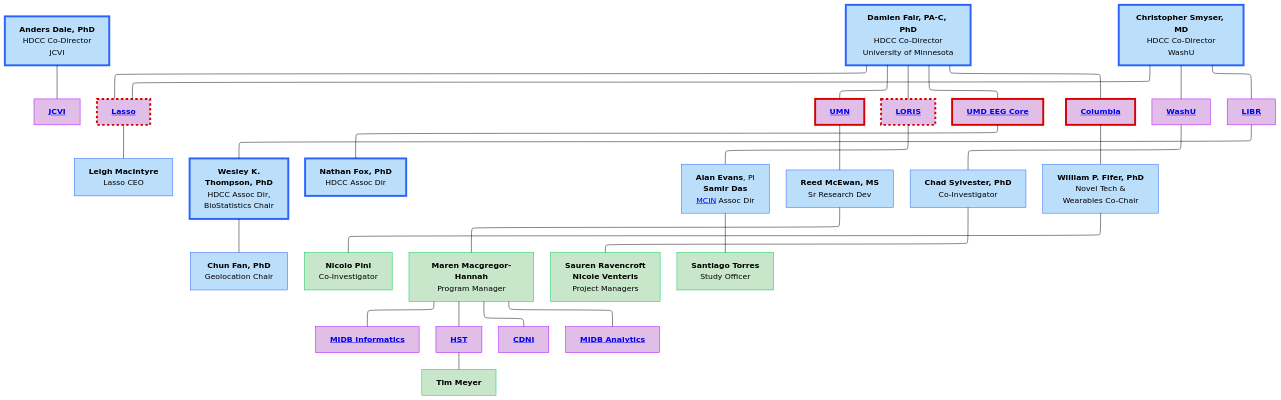
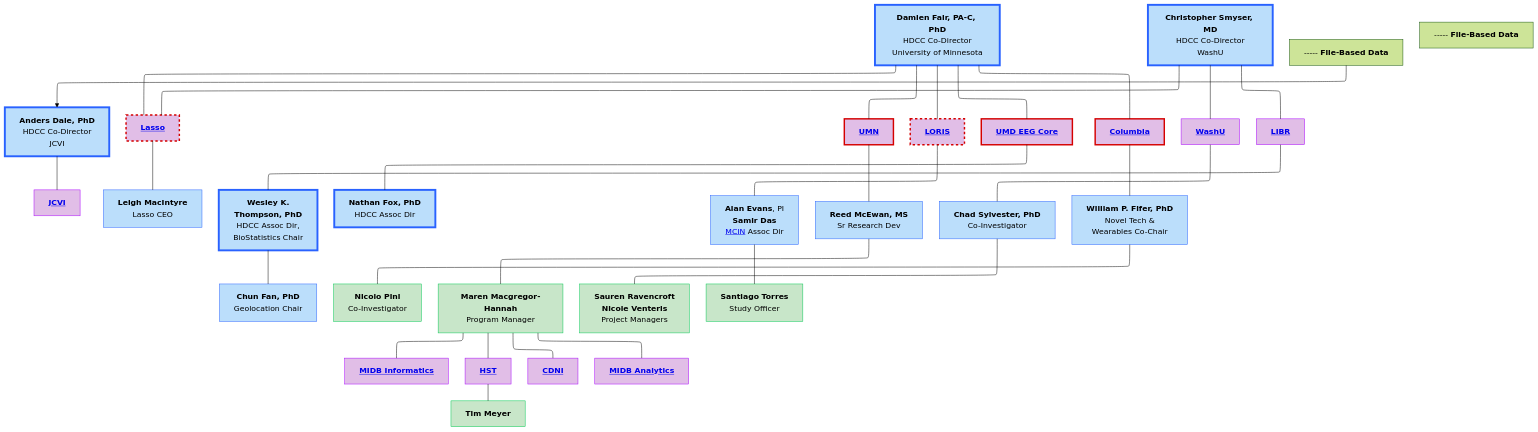
Before and after one commit to DCAN-Labs/hbcd-docs-internal: the diagram in docs/temp.md, drawn with Mermaid (forest theme). The commit also changed other lines of this file, not shown here.

````diff
--- a/docs/temp.md
+++ b/docs/temp.md
@@ -1,67 +1,69 @@
 ```mermaid
 ---
 config:
   layout: elk
 ---
 flowchart TB
     n2["<b>Anders Dale, PhD<br></b>HDCC Co-Director<br>JCVI"] --- jcvi["<a href="#j-craig-venter-institute" target="_top"><b>JCVI</b></a>"]
     E["<b>Damien Fair, PA-C, PhD</b><br>HDCC Co-Director<br>University of Minnesota"] --- lasso["<a href="#lasso" target="_top"><b>Lasso</b></a>"] & umn["<a href="#university-of-minnesota" target="_top"><b>UMN</b></a>"] & n7["<a href="#loris" target="_top"><b>LORIS</b></a>"] & n8["<a href="#university-of-maryland" target="_top"><b>UMD EEG Core</b></a>"] & n11["<a href="#columbia-university" target="_top"><b>Columbia</b></a>"]
     lasso --- lasso1["<b>Leigh MacIntyre</b><br>Lasso CEO"]
     n1["<b>Christopher Smyser, MD<br></b>HDCC Co-Director<br>WashU"] --- n10["<a href="#washu" target="_top"><b>WashU</b></a>"] & n12["<a href="#libr" target="_top"><b>LIBR</b></a>"] & lasso
     n16["<b>Wesley K.<br>Thompson, PhD</b><br>HDCC Assoc Dir,<br>BioStatistics Chair"] --- n17["<b>Chun Fan, PhD</b><br>Geolocation Chair"]
     n12 --- n16
     n8 --- n19["<b>Nathan Fox, PhD<br></b>HDCC Assoc Dir"]
     n7 --- n20["<b>Alan Evans</b>, PI<br><b>Samir Das</b><br><a href="https://mcin.ca/about-mcin/" target="_blank">MCIN</a> Assoc Dir"]
     umn --- reed["<b>Reed McEwan, MS</b><br>Sr Research Dev"]
     n10 --- n22["<b>Chad Sylvester, PhD</b><br>Co-Investigator"]
     n11 --- n18["<b>William P. Fifer, PhD</b><br>Novel Tech &<br>Wearables Co-Chair"]
     n18 --- n34["<b>Nicolo Pini</b><br>Co-Investigator"]
     reed --- n30["<b>Maren Macgregor-Hannah</b><br>Program Manager"]
     n30 --- n25["<a href="#midb-informatics-hub-msi" target="_top"><b>MIDB Informatics</b></a>"]
     n30 --- n27["<a href="#health-sciences-technology" target="_top"><b>HST</b></a>"]
     n30 --- n28["<a href="#center-for-developmental-neuroimaging" target="_top"><b>CDNI</b></a>"]
     n30 --- n29["<a href="#midb-analytics-hub" target="_top"><b>MIDB Analytics</b></a>"]
     n27 --- n31["<b>Tim Meyer</b>"]
     n22 --- n32["<b>Sauren Ravencroft<br>Nicole Venteris</b><br>Project Managers"]
     n20 --- n33["<b>Santiago Torres</b><br>Study Officer"]
+    n36["----- <b>File-Based Data</b>"] --> n2
+    n37["----- <b>File-Based Data</b>"]
     style n2 fill:#BBDEFB,stroke:#2962FF,stroke-width:4px
     style jcvi fill:#E1BEE7,stroke:#AA00FF
     style E fill:#BBDEFB,stroke:#2962FF,stroke-width:4px
-    style lasso fill:#E1BEE7,stroke:#D50000,stroke-width:4px,stroke-dasharray: 5
-    style umn fill:#E1BEE7,stroke:#D50000,stroke-width:4px,stroke-dasharray: 0
-    style n7 fill:#E1BEE7,stroke:#D50000,stroke-width:4px,stroke-dasharray: 5
-    style n8 fill:#E1BEE7,stroke:#D50000,stroke-width:4px,stroke-dasharray: 0
-    style n11 fill:#E1BEE7,stroke:#D50000,stroke-width:4px,stroke-dasharray: 0
+    style lasso fill:#E1BEE7,stroke:#D50000,stroke-width:3px,stroke-dasharray: 5
+    style umn fill:#E1BEE7,stroke:#D50000,stroke-width:3px,stroke-dasharray: 0
+    style n7 fill:#E1BEE7,stroke:#D50000,stroke-width:3px,stroke-dasharray: 5
+    style n8 fill:#E1BEE7,stroke:#D50000,stroke-width:3px,stroke-dasharray: 0
+    style n11 fill:#E1BEE7,stroke:#D50000,stroke-width:3px,stroke-dasharray: 0
     style lasso1 fill:#BBDEFB,stroke:#2962FF
     style n1 fill:#BBDEFB,stroke:#2962FF,stroke-width:4px
     style n10 fill:#E1BEE7,stroke:#AA00FF
     style n12 fill:#E1BEE7,stroke:#AA00FF
     style n16 fill:#BBDEFB,stroke:#2962FF,stroke-width:4px
     style n17 fill:#BBDEFB,stroke:#2962FF
     style n19 fill:#BBDEFB,stroke:#2962FF,stroke-width:4px
     style n20 fill:#BBDEFB,stroke:#2962FF
     style reed fill:#BBDEFB,stroke:#2962FF
     style n22 fill:#BBDEFB,stroke:#2962FF
     style n18 fill:#BBDEFB,stroke:#2962FF
     style n25 fill:#E1BEE7,stroke:#AA00FF
     style n27 fill:#E1BEE7,stroke:#AA00FF
     style n28 fill:#E1BEE7,stroke:#AA00FF
     style n29 fill:#E1BEE7,stroke:#AA00FF
     style n30 fill:#C8E6C9,stroke:#00C853
     style n31 fill:#C8E6C9,stroke:#00C853
     style n32 fill:#C8E6C9,stroke:#00C853
     style n33 fill:#C8E6C9,stroke:#00C853
     style n34 fill:#C8E6C9,stroke:#00C853
     click jcvi "#j-craig-venter-institute"
     click lasso "#lasso"
     click umn "#university-of-minnesota"
     click n7 "#loris"
     click n8 "#university-of-maryland"
     click n10 "#washu"
     click n25 "#midb-informatics-hub-msi"
     click n29 "#midb-analytics-hub"
     click n27 "#health-sciences-technology"
     click n28 "#center-for-developmental-neuroimaging"
     click n12 "#libr"
     click n11 "#columbia-university"
 ```
````
